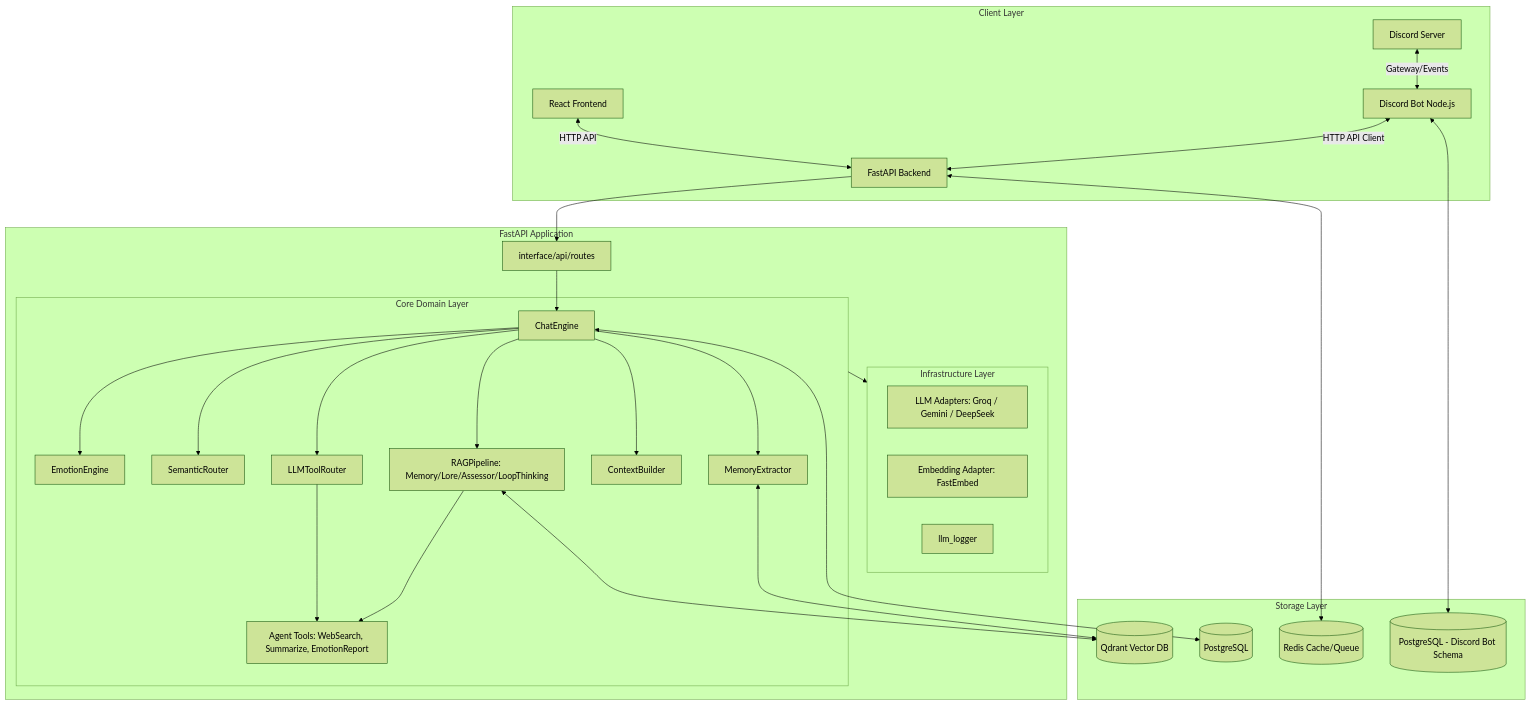
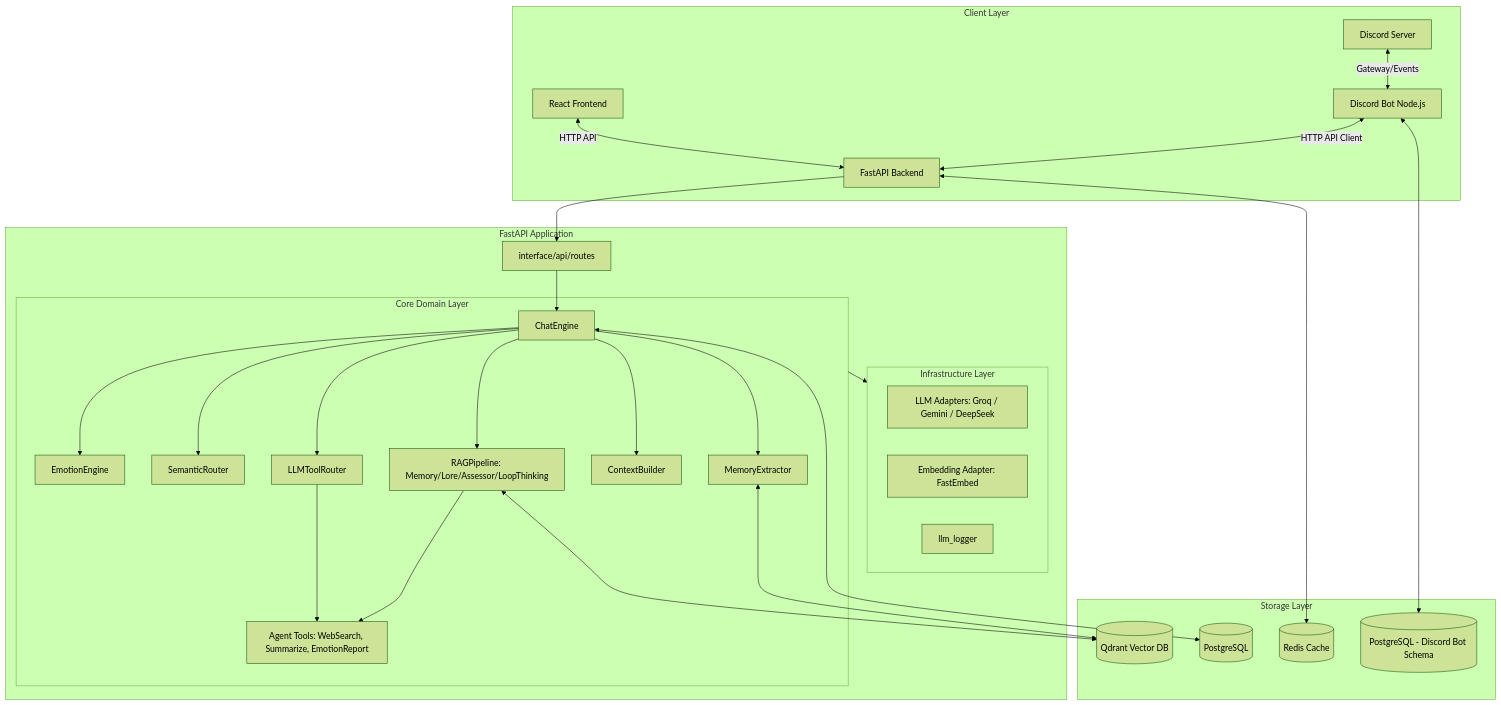
One commit to HoanBuCon/Kuchiba-Chisa changed the first of 2 diagrams in PHAN_TICH_WORKSPACE_CHI_TIET.md. Above: the diagram before and after it, drawn with Mermaid (forest theme). The commit also changed other lines of this file and 63 other files, not shown here.

First line of the commit message:
docs: Update project documentation to reflect Phase 4 Clean Architecture & Celery removal

````diff
--- a/PHAN_TICH_WORKSPACE_CHI_TIET.md
+++ b/PHAN_TICH_WORKSPACE_CHI_TIET.md
@@ -23,40 +23,40 @@
 ```mermaid
 flowchart TD
     subgraph Clients [Client Layer]
         FE[React Frontend] <-->|HTTP API| API[FastAPI Backend]
         DBot[Discord Bot Node.js] <-->|HTTP API Client| API
         DiscordPlatform[Discord Server] <-->|Gateway/Events| DBot
     end
 
     subgraph Backend [FastAPI Application]
         API --> Routes[interface/api/routes]
         Routes --> CE[ChatEngine]
         
         subgraph Domain [Core Domain Layer]
             CE --> EE[EmotionEngine]
             CE --> SR[SemanticRouter]
             CE --> TR[LLMToolRouter]
             CE --> RAGP[RAGPipeline: Memory/Lore/Assessor/LoopThinking]
             CE --> CB[ContextBuilder]
             CE --> ME[MemoryExtractor]
             TR --> AT[Agent Tools: WebSearch, Summarize, EmotionReport]
             RAGP --> AT
         end
 
         subgraph Infra [Infrastructure Layer]
             LLM[LLM Adapters: Groq / Gemini / DeepSeek]
             Embed[Embedding Adapter: FastEmbed]
             LLMLog[llm_logger]
         end
     end
 
     subgraph Storage [Storage Layer]
         CE <--> DB[(PostgreSQL)]
         DBot <--> DiscordDB[(PostgreSQL - Discord Bot Schema)]
         RAGP <--> Qdrant[(Qdrant Vector DB)]
         ME <--> Qdrant
-        API <--> Redis[(Redis Cache/Queue)]
+        API <--> Redis[(Redis Cache)]
     end
 
     Domain --> Infra
 ```
````
